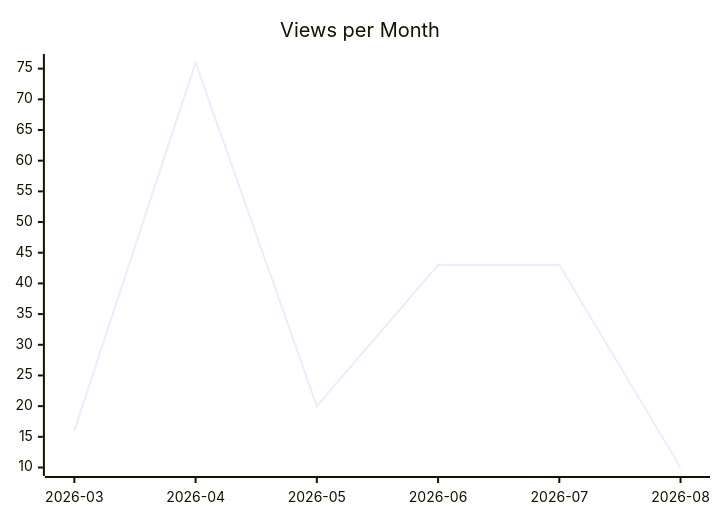
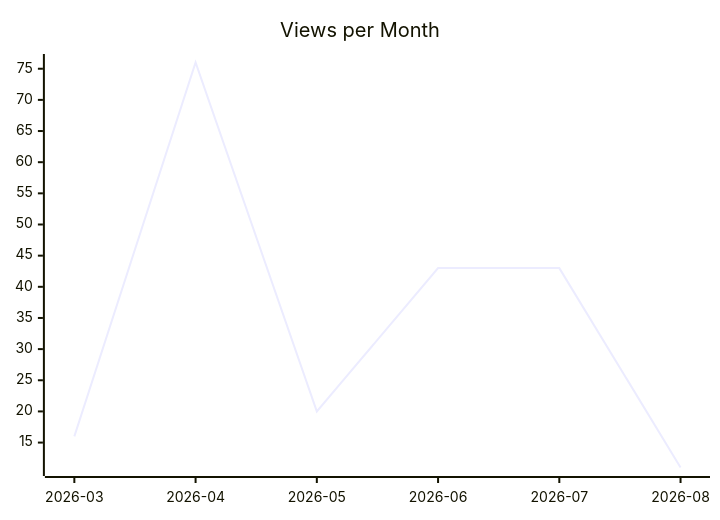
One commit to justdavis-family/github-analytics-data changed the second of 3 diagrams in karlmdavis/ksoap2-android/README.md. Above: the diagram before and after it, drawn with Mermaid. The commit also changed other lines of this file and 176 other files, not shown here.

````diff
--- a/karlmdavis/ksoap2-android/README.md
+++ b/karlmdavis/ksoap2-android/README.md
@@ -12,6 +12,6 @@
 ```mermaid
 xychart-beta
   title "Views per Month"
   x-axis ["2026-03", "2026-04", "2026-05", "2026-06", "2026-07", "2026-08"]
-  line [16, 76, 20, 43, 43, 10]
+  line [16, 76, 20, 43, 43, 11]
 ```
````
